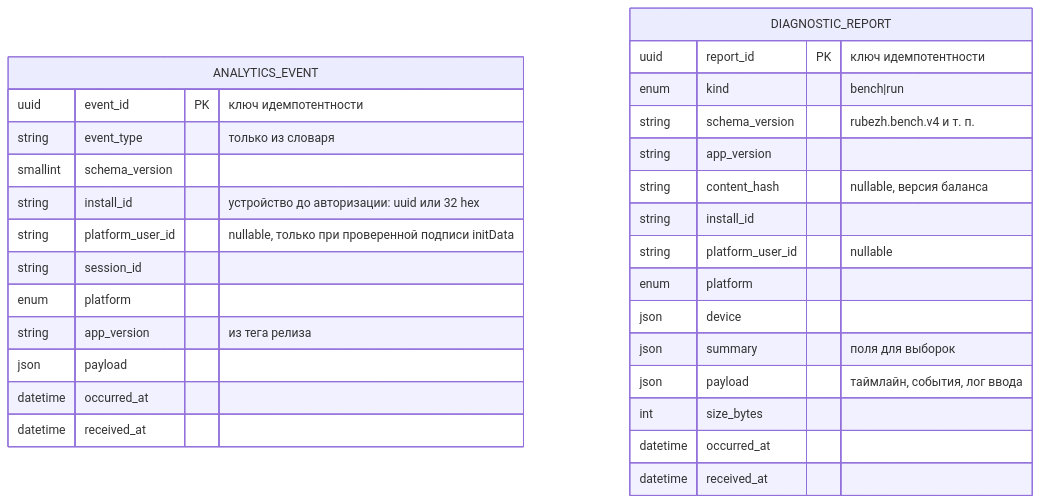
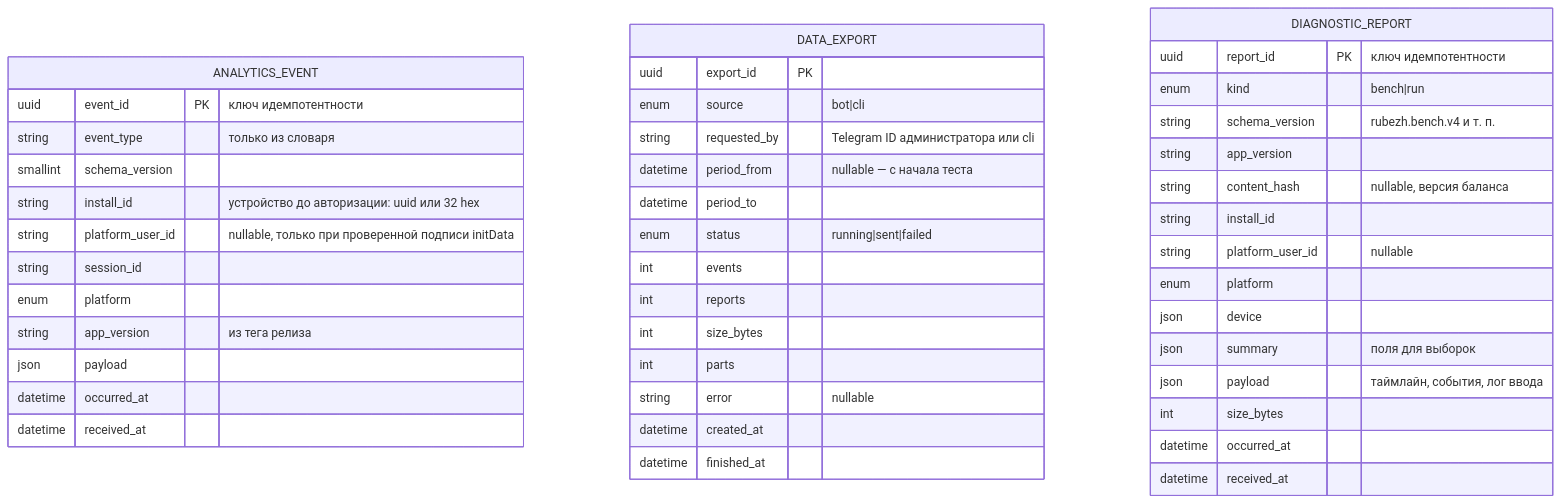
The fourth of 22 diagrams in docs/21-diagrams.md (JJSGxKD/rubezh), drawn with Mermaid before and after one commit. The commit also changed other lines of this file and 21 other files, not shown here.

````diff
--- a/docs/21-diagrams.md
+++ b/docs/21-diagrams.md
@@ -295,33 +295,49 @@
 ```mermaid
 erDiagram
     ANALYTICS_EVENT {
         uuid event_id PK "ключ идемпотентности"
         string event_type "только из словаря"
         smallint schema_version
         string install_id "устройство до авторизации: uuid или 32 hex"
         string platform_user_id "nullable, только при проверенной подписи initData"
         string session_id
         enum platform
         string app_version "из тега релиза"
         json payload
         datetime occurred_at
         datetime received_at
+    }
+
+    DATA_EXPORT {
+        uuid export_id PK
+        enum source "bot|cli"
+        string requested_by "Telegram ID администратора или cli"
+        datetime period_from "nullable — с начала теста"
+        datetime period_to
+        enum status "running|sent|failed"
+        int events
+        int reports
+        int size_bytes
+        int parts
+        string error "nullable"
+        datetime created_at
+        datetime finished_at
     }
 
     DIAGNOSTIC_REPORT {
         uuid report_id PK "ключ идемпотентности"
         enum kind "bench|run"
         string schema_version "rubezh.bench.v4 и т. п."
         string app_version
         string content_hash "nullable, версия баланса"
         string install_id
         string platform_user_id "nullable"
         enum platform
         json device
         json summary "поля для выборок"
         json payload "таймлайн, события, лог ввода"
         int size_bytes
         datetime occurred_at
         datetime received_at
     }
 ```
````
